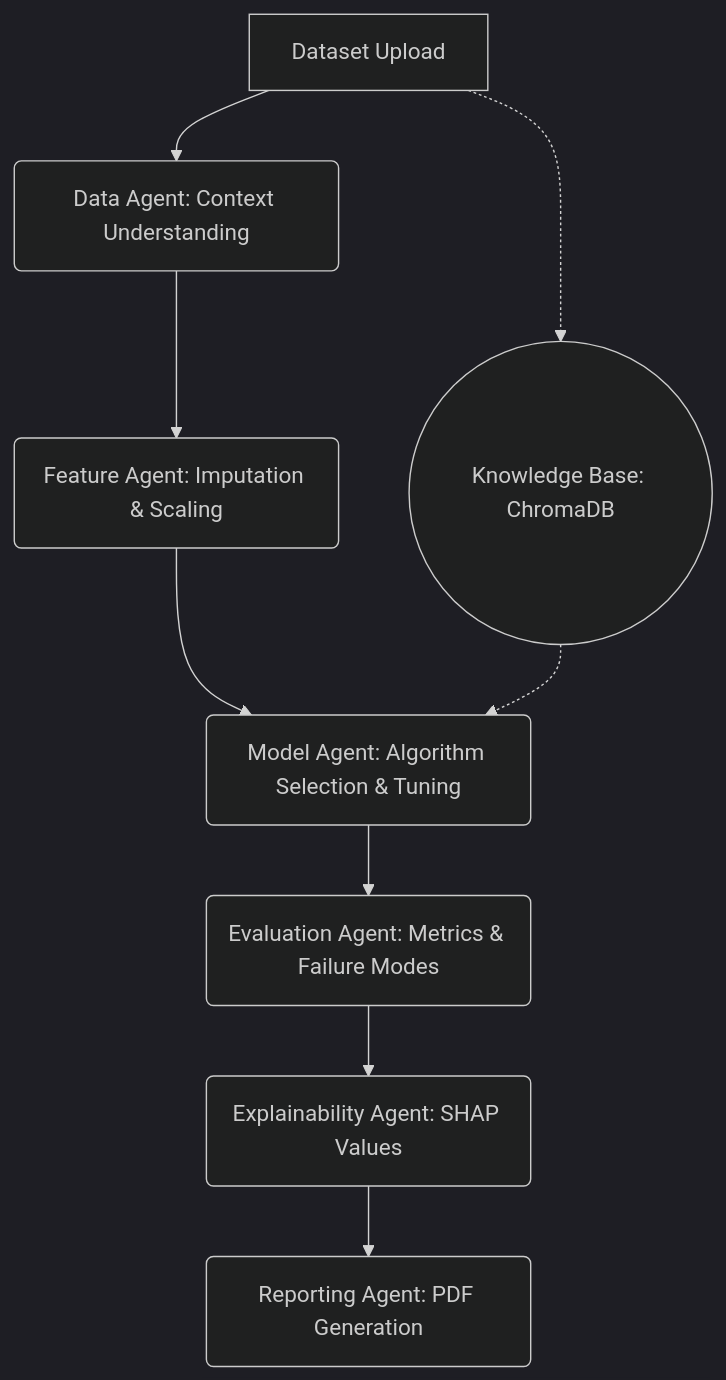
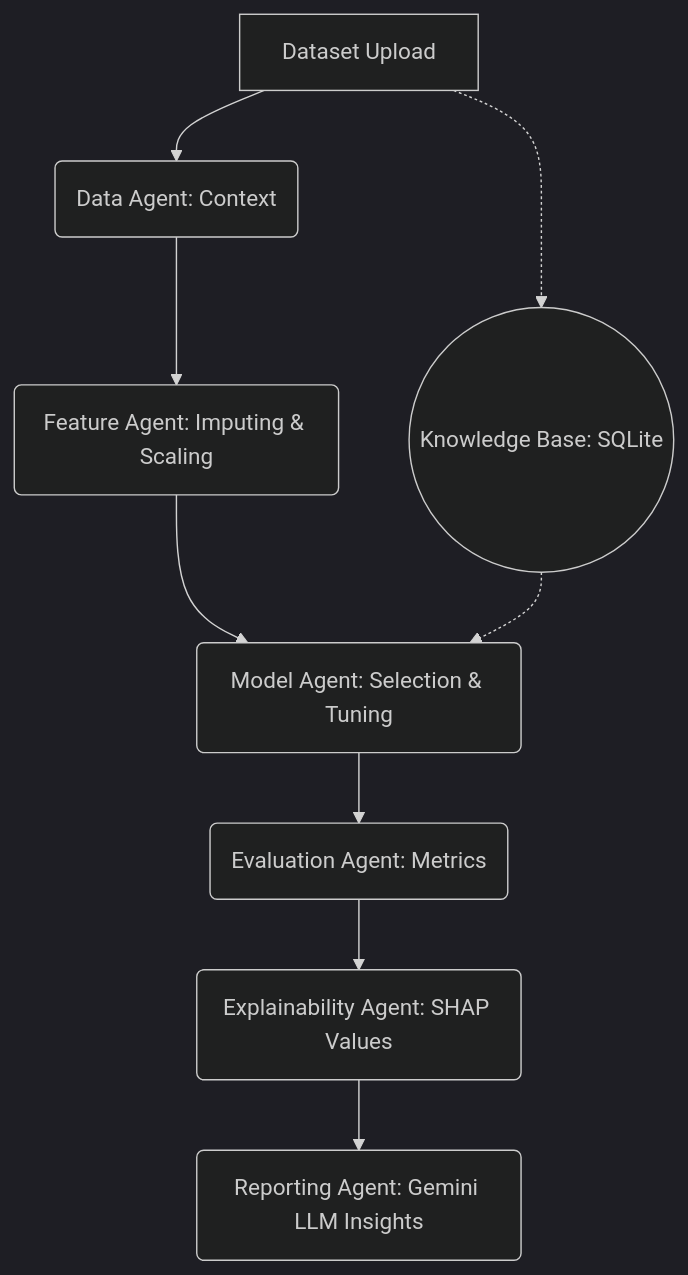
Before and after one commit to Akshat1322/-Adaptive-Workflow-Intelligence-Platform: the diagram in README.md, drawn with Mermaid (dark theme). The commit also changed other lines of this file, not shown here.

````diff
--- a/README.md
+++ b/README.md
@@ -43,12 +54,12 @@
 ```mermaid
 graph TD
-    A[Dataset Upload] --> B(Data Agent: Context Understanding)
-    B --> C(Feature Agent: Imputation & Scaling)
-    C --> D(Model Agent: Algorithm Selection & Tuning)
-    D --> E(Evaluation Agent: Metrics & Failure Modes)
+    A[Dataset Upload] --> B(Data Agent: Context)
+    B --> C(Feature Agent: Imputing & Scaling)
+    C --> D(Model Agent: Selection & Tuning)
+    D --> E(Evaluation Agent: Metrics)
     E --> F(Explainability Agent: SHAP Values)
-    F --> G(Reporting Agent: PDF Generation)
+    F --> G(Reporting Agent: Gemini LLM Insights)
     
-    A -.-> H((Knowledge Base: ChromaDB))
+    A -.-> H((Knowledge Base: SQLite))
     H -.-> D
 ```
````
